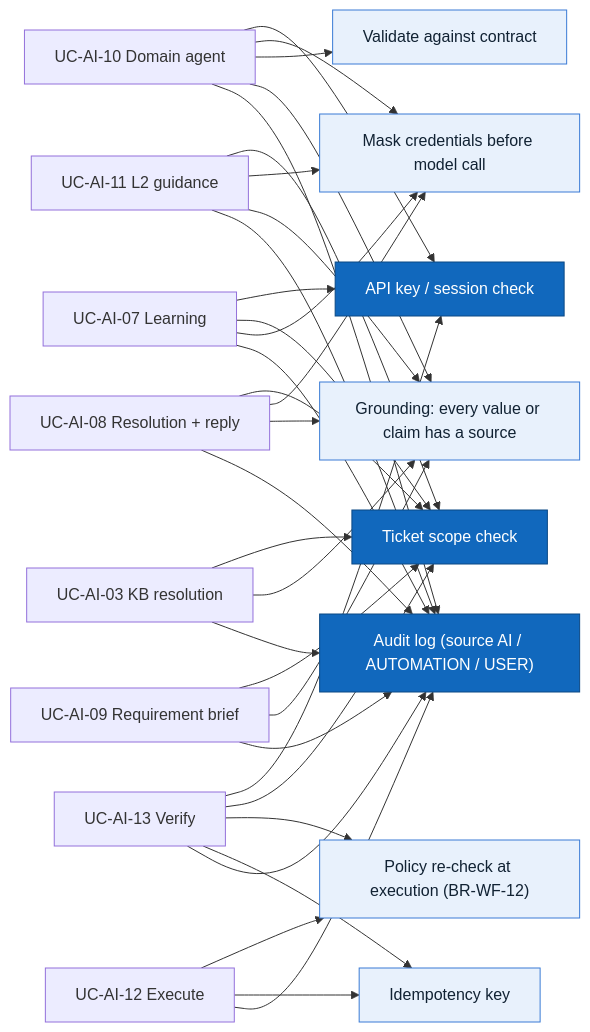
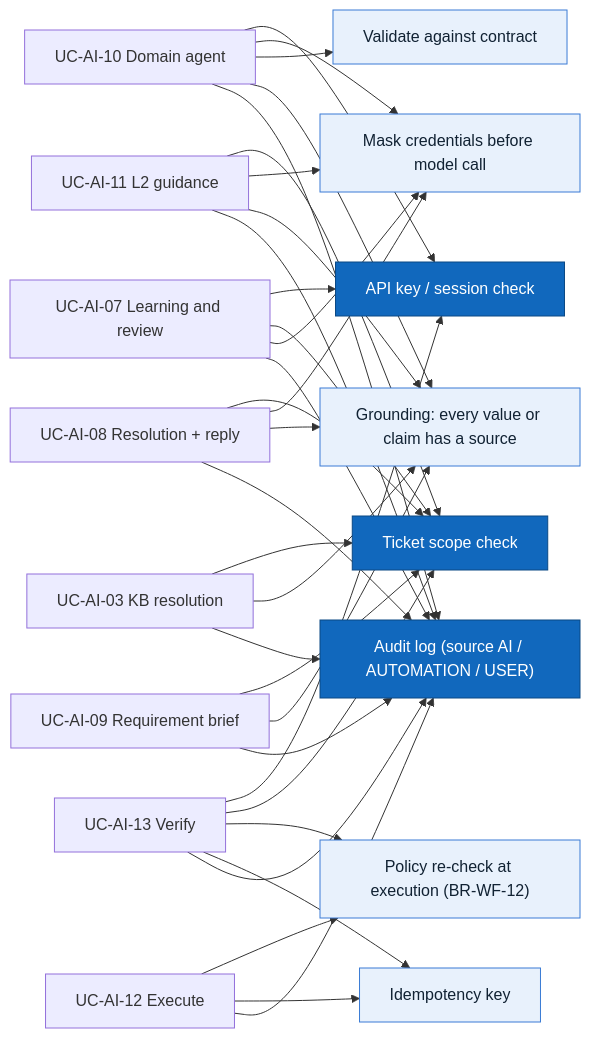
One commit to Akaza-ban/Fable changed the second of 2 diagrams in docs/f04-ai-ticket-processing/02-use-cases.md. Above: the diagram before and after it, drawn with Mermaid. The commit also changed other lines of this file and 9 other files, not shown here.

````diff
--- a/docs/f04-ai-ticket-processing/02-use-cases.md
+++ b/docs/f04-ai-ticket-processing/02-use-cases.md
@@ -164,23 +165,23 @@
 ```mermaid
 flowchart LR
     auth["API key / session check"]:::shared
     scope["Ticket scope check"]:::shared
     mask["Mask credentials before model call"]:::rule
     validate["Validate against contract"]:::rule
     ground["Grounding: every value or claim has a source"]:::rule
     policy["Policy re-check at execution (BR-WF-12)"]:::rule
     idem["Idempotency key"]:::rule
     audit["Audit log (source AI / AUTOMATION / USER)"]:::shared
 
     uc10["UC-AI-10 Domain agent"] --> auth & mask & validate & ground & audit
     uc03["UC-AI-03 KB resolution"] --> scope & ground & audit
     uc11["UC-AI-11 L2 guidance"] --> scope & mask & ground & audit
     uc12["UC-AI-12 Execute"] --> policy & idem & audit
     uc13["UC-AI-13 Verify"] --> auth & scope & policy & idem & audit
     uc08["UC-AI-08 Resolution + reply"] --> scope & mask & ground & audit
     uc09["UC-AI-09 Requirement brief"] --> scope & ground & audit
-    uc07["UC-AI-07 Learning"] --> auth & scope & mask & audit
+    uc07["UC-AI-07 Learning and review"] --> auth & scope & mask & audit
 
     classDef shared fill:#1168bd,color:#fff,stroke:#0b4884
     classDef rule fill:#e8f1fc,color:#123,stroke:#3a7bd5
 ```
````
